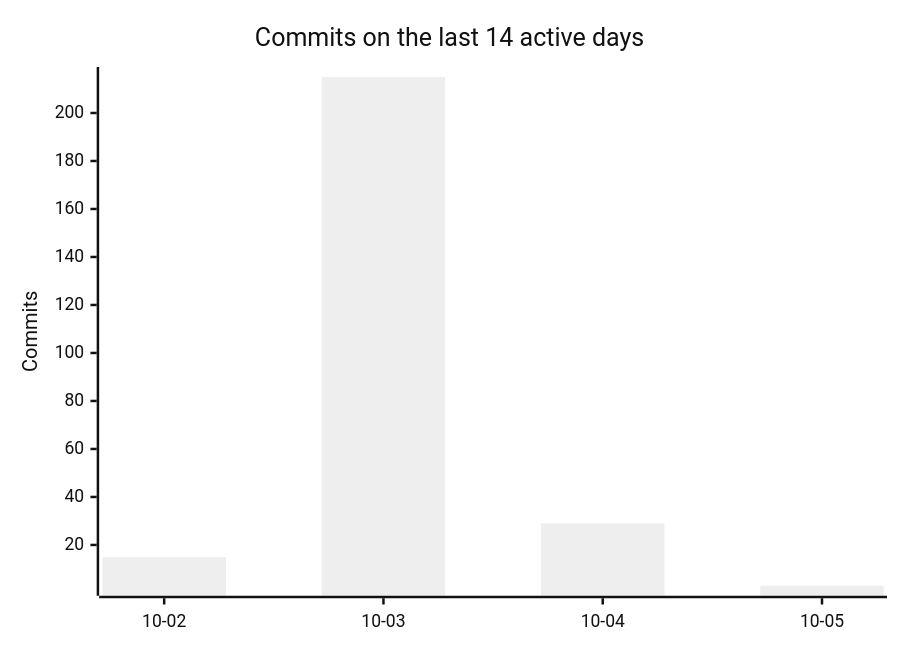
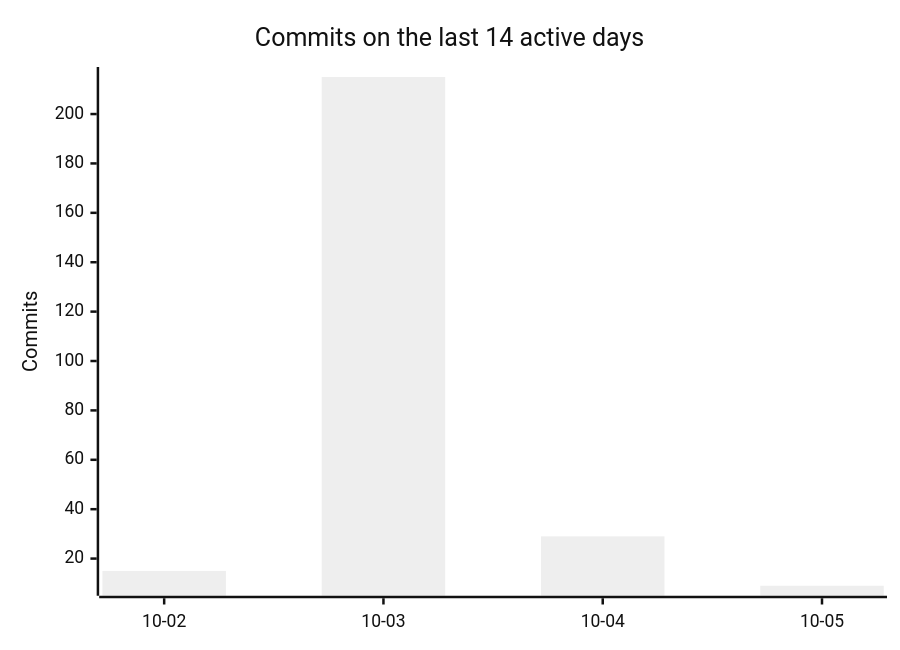
One commit to PflanzenDex/PflanzenDex changed the third of 3 diagrams in README.md. Above: the diagram before and after it, drawn with Mermaid (neutral theme). The commit also changed other lines of this file and 7 other files, not shown here.

````diff
--- a/README.md
+++ b/README.md
@@ -70,7 +70,7 @@
 ```mermaid
 xychart-beta
   title "Commits on the last 14 active days"
   x-axis ["10-02", "10-03", "10-04", "10-05"]
   y-axis "Commits"
-  bar [15, 215, 29, 3]
+  bar [15, 215, 29, 9]
 ```
````
